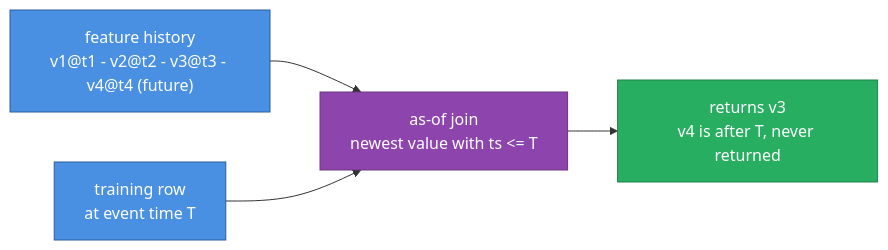
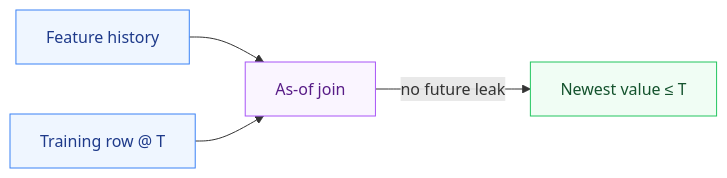
One commit to parag-labs/feature-vault changed the diagram in README.md. Above: the diagram before and after it, drawn with Mermaid.

Commit message:
Simplify the README diagram: short labels, softer palette

````diff
--- a/README.md
+++ b/README.md
@@ -57,13 +57,13 @@
 ```mermaid
 flowchart LR
-  classDef proc fill:#4a90e2,stroke:#2c5aa0,color:#fff
-  classDef good fill:#27ae60,stroke:#1e8449,color:#fff
-  classDef work fill:#8e44ad,stroke:#6c3483,color:#fff
-  TL["feature history<br/>v1@t1 - v2@t2 - v3@t3 - v4@t4 (future)"]:::proc
-  ROW["training row<br/>at event time T"]:::proc
-  JOIN["as-of join<br/>newest value with ts <= T"]:::work
-  OUT["returns v3<br/>v4 is after T, never returned"]:::good
-  TL --> JOIN
+  classDef proc fill:#eff6ff,stroke:#3b82f6,color:#1e3a8a
+  classDef good fill:#f0fdf4,stroke:#22c55e,color:#14532d
+  classDef work fill:#faf5ff,stroke:#a855f7,color:#581c87
+  H["Feature history"]:::proc
+  ROW["Training row @ T"]:::proc
+  JOIN["As-of join"]:::work
+  OUT["Newest value ≤ T"]:::good
+  H --> JOIN
   ROW --> JOIN
-  JOIN --> OUT
+  JOIN -->|no future leak| OUT
 ```
````
